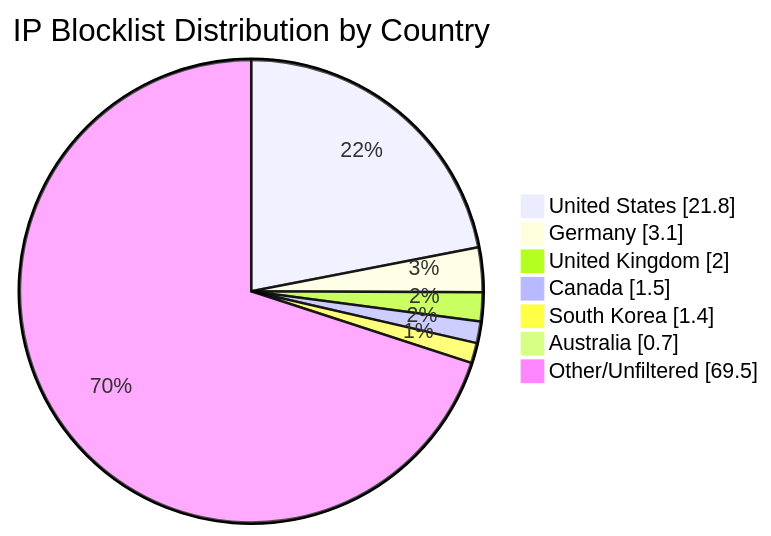
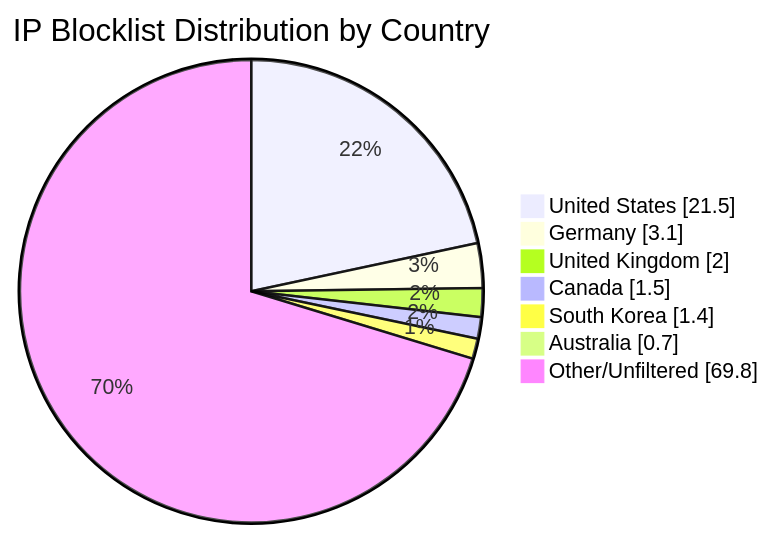
Before and after one commit to MarcusHoltz/ipblocklist-geofiltered-aggregator: the diagram in README.md, drawn with Mermaid. The commit also changed other lines of this file and 9 other files, not shown here.

````diff
--- a/README.md
+++ b/README.md
@@ -34,10 +34,10 @@
 ```mermaid
 pie showData title IP Blocklist Distribution by Country
-"United States" : 21.8
+"United States" : 21.5
 "Germany" : 3.1
 "United Kingdom" : 2.0
 "Canada" : 1.5
 "South Korea" : 1.4
 "Australia" : 0.7
-"Other/Unfiltered" : 69.5
+"Other/Unfiltered" : 69.8
 ```
````
